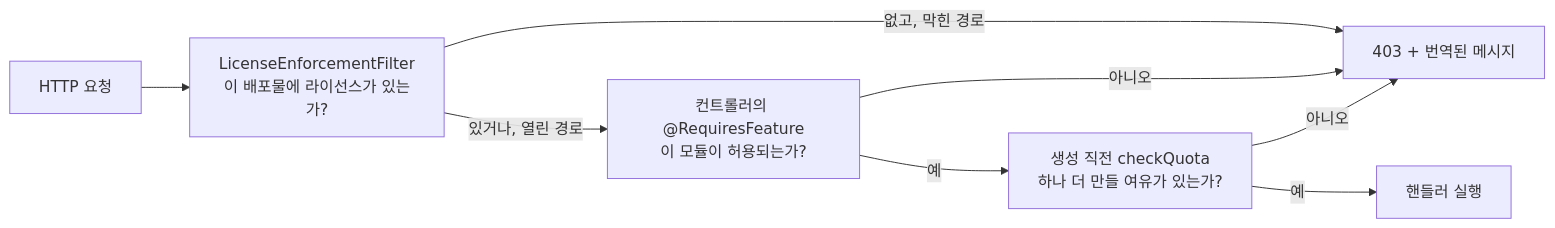
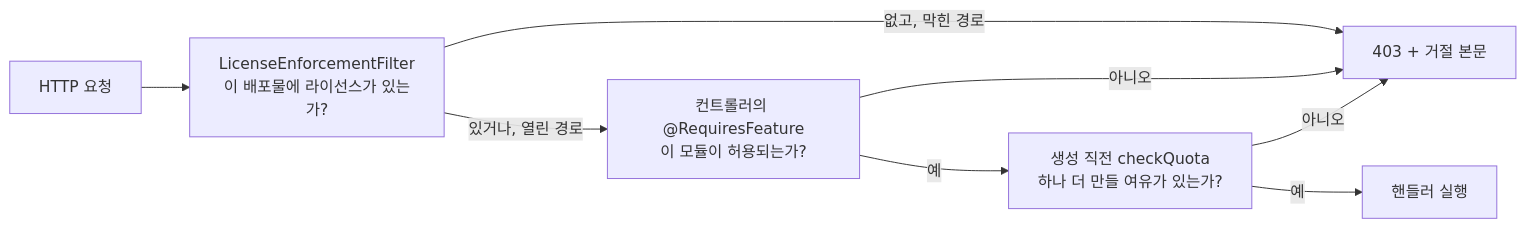
One commit to accesscore-dev/accesscore-license-sdk-dist changed the second of 2 diagrams in docs/manual/ko/java.md. Above: the diagram before and after it, drawn with Mermaid. The commit also changed other lines of this file and 28 other files, not shown here.

````diff
--- a/docs/manual/ko/java.md
+++ b/docs/manual/ko/java.md
@@ -178,10 +256,10 @@
 ```mermaid
 flowchart LR
     R[HTTP 요청] --> F[LicenseEnforcementFilter<br/>이 배포물에 라이선스가 있는가?]
-    F -->|없고, 막힌 경로| X403[403 + 번역된 메시지]
+    F -->|없고, 막힌 경로| X403[403 + 거절 본문]
     F -->|있거나, 열린 경로| A["컨트롤러의 @RequiresFeature<br/>이 모듈이 허용되는가?"]
     A -->|아니오| X403
     A -->|예| Q[생성 직전 checkQuota<br/>하나 더 만들 여유가 있는가?]
     Q -->|아니오| X403
     Q -->|예| H[핸들러 실행]
 ```
````
